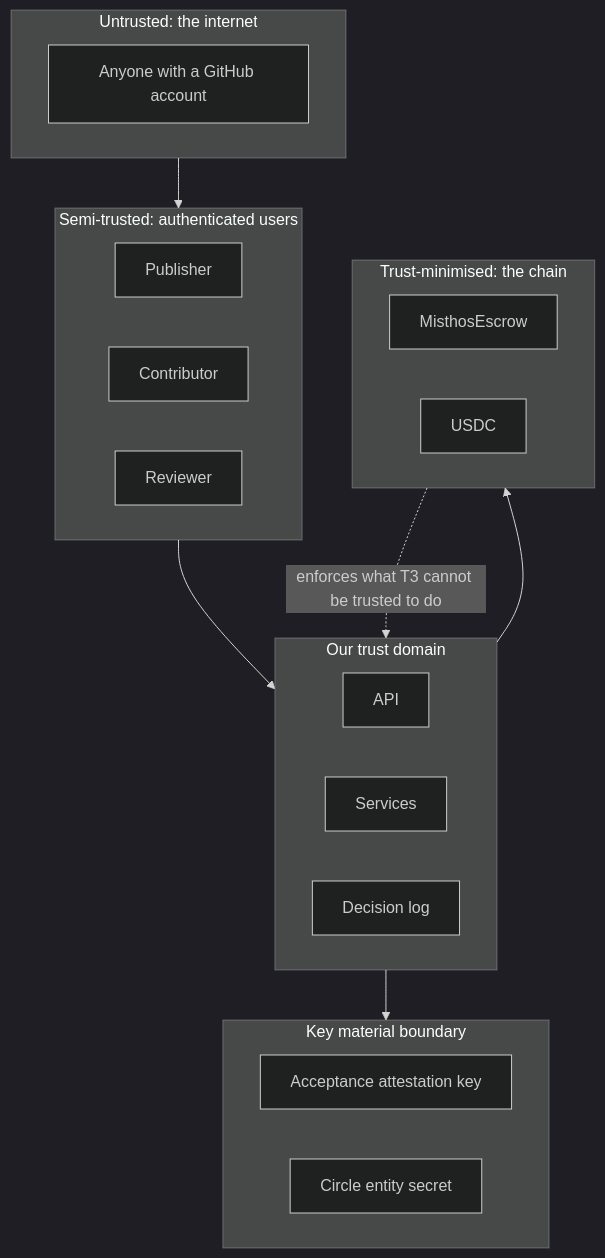
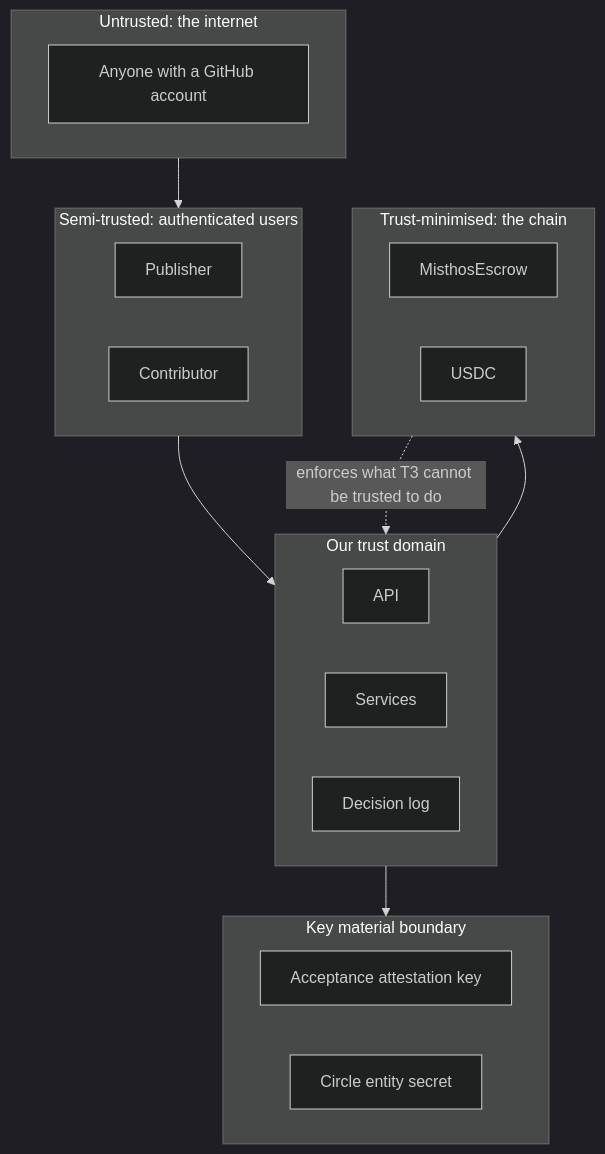
One commit to vanduc2514/hackathon-circle-misthos changed the seventh of 7 diagrams in docs/ARCHITECTURE.md. Above: the diagram before and after it, drawn with Mermaid (dark theme). The commit also changed other lines of this file and 27 other files, not shown here.

````diff
--- a/docs/ARCHITECTURE.md
+++ b/docs/ARCHITECTURE.md
@@ -479,28 +475,27 @@
 ```mermaid
 flowchart TB
     subgraph T1["Untrusted: the internet"]
         U1["Anyone with a GitHub account"]
     end
     subgraph T2["Semi-trusted: authenticated users"]
         U2["Publisher"]
         U3["Contributor"]
-        U4["Reviewer"]
     end
     subgraph T3["Our trust domain"]
         S1["API"]
         S2["Services"]
         S3["Decision log"]
     end
     subgraph T4["Key material boundary"]
         K1["Acceptance attestation key"]
         K2["Circle entity secret"]
     end
     subgraph T5["Trust-minimised: the chain"]
         C1["MisthosEscrow"]
         C2["USDC"]
     end
     T1 --> T2 --> T3
     T3 --> T4
     T3 --> T5
     T5 -.->|"enforces what T3 cannot be trusted to do"| T3
 ```
````
